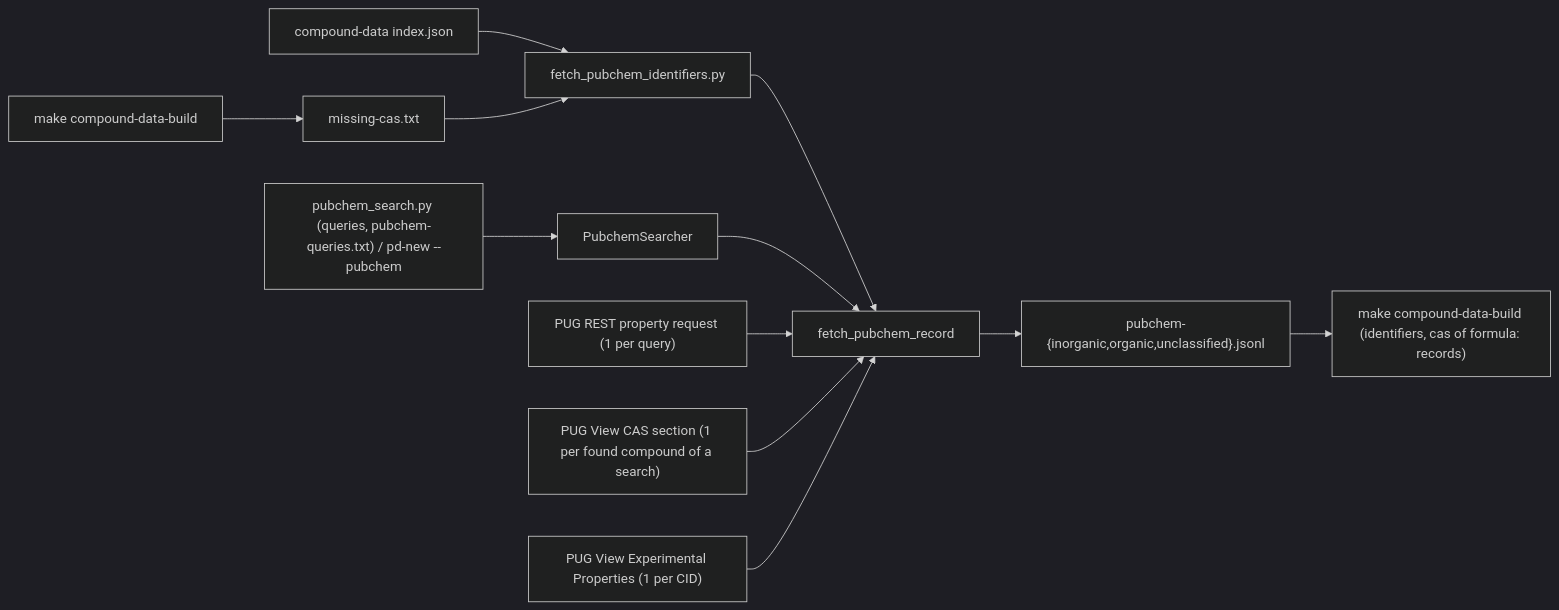
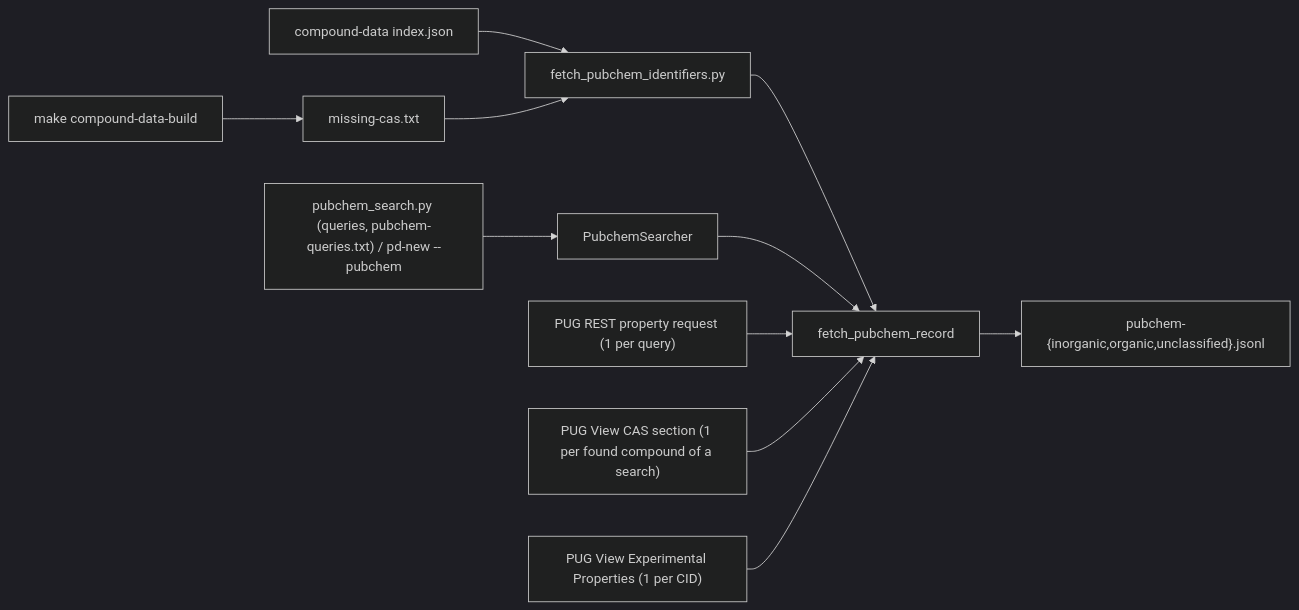
One commit to zakhovalkopavel/thermal-software changed the diagram in docs/scripts/PUBCHEM_SPEC.md. Above: the diagram before and after it, drawn with Mermaid (dark theme). The commit also changed other lines of this file and 11 other files, not shown here.

````diff
--- a/docs/scripts/PUBCHEM_SPEC.md
+++ b/docs/scripts/PUBCHEM_SPEC.md
@@ -28,14 +28,13 @@
 ```mermaid
 flowchart LR
   build["make compound-data-build"] --> missing["missing-cas.txt"]
   index["compound-data index.json"] --> fetch["fetch_pubchem_identifiers.py"]
   missing --> fetch
   ondemand["pubchem_search.py (queries, pubchem-queries.txt) / pd-new --pubchem"] --> searcher["PubchemSearcher"]
   fetch --> one["fetch_pubchem_record"]
   searcher --> one
   rest["PUG REST property request (1 per query)"] --> one
   cas["PUG View CAS section (1 per found compound of a search)"] --> one
   view["PUG View Experimental Properties (1 per CID)"] --> one
   one --> files["pubchem-{inorganic,organic,unclassified}.jsonl"]
-  files --> rebuild["make compound-data-build (identifiers, cas of formula: records)"]
 ```
````
